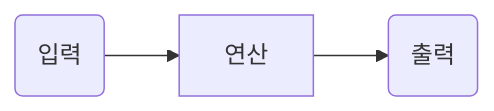
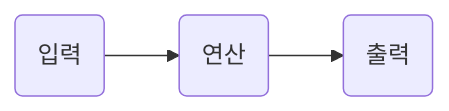
One commit to SpadeJJJ/oauth_rebuild changed the diagram in README.md. Above: the diagram before and after it, drawn with Mermaid.

````diff
--- a/README.md
+++ b/README.md
@@ -9,4 +9,4 @@
 ```mermaid
 graph LR
-A(입력)-->B[연산]-->C(출력)
+A(입력)-->B(연산)-->C(출력)
 ```
````
